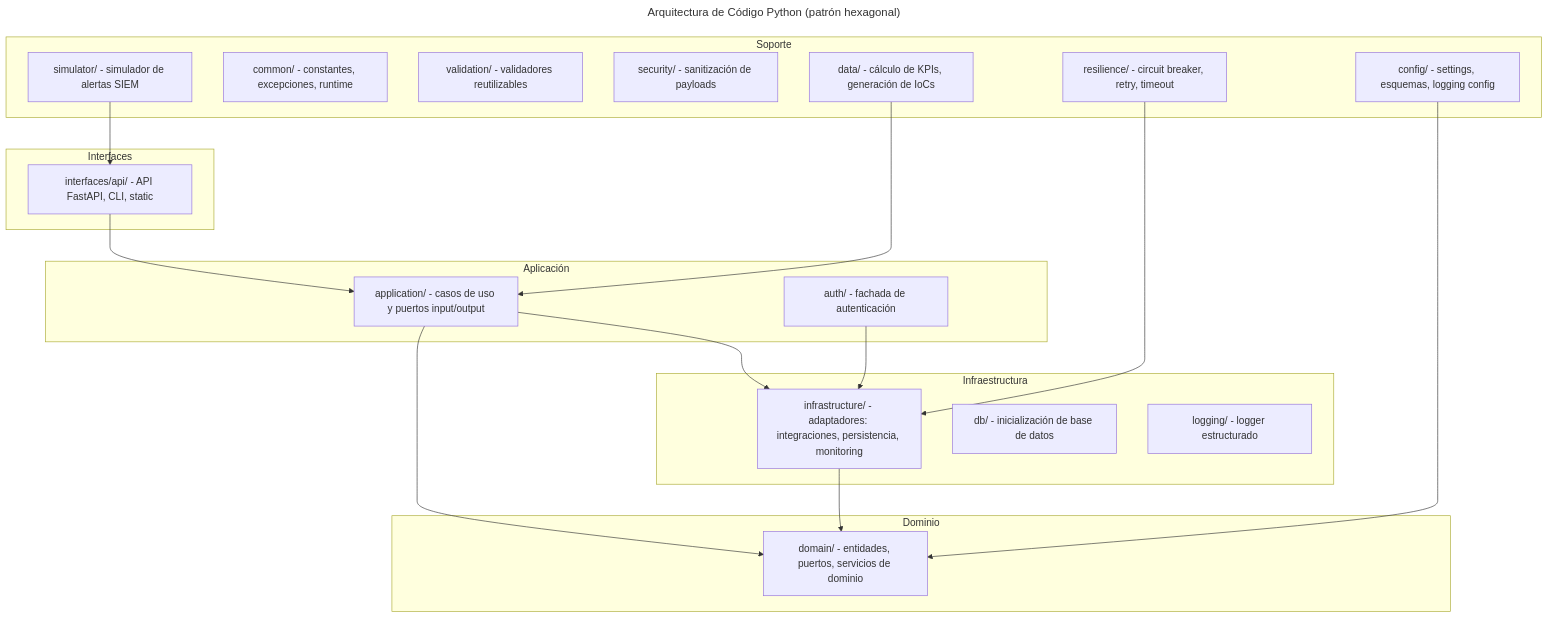
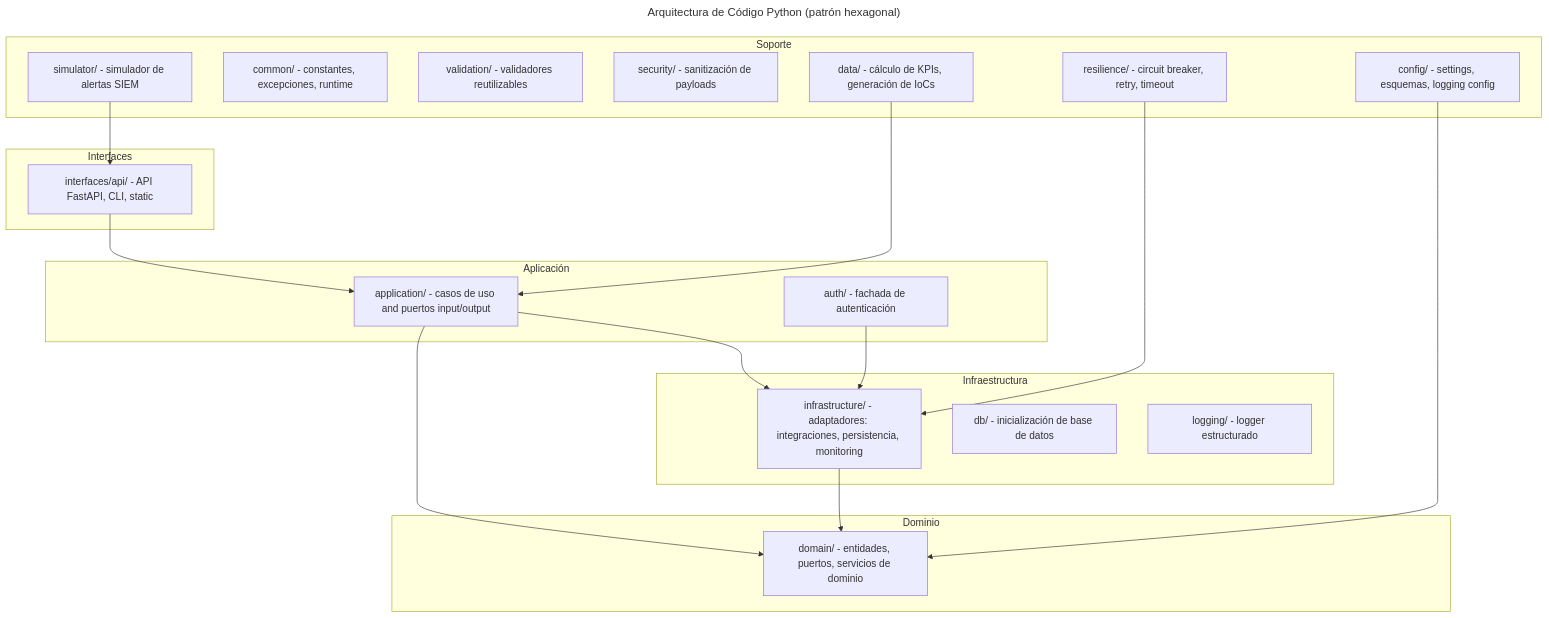
Diagram 18 of 22 in docs/02-architecture.md (alesanfe/soar-ransomware-lab), drawn with Mermaid before and after one commit. The commit also changed other lines of this file and 1 other file, not shown here.

Commit message:
docs: fix Mermaid labels Spanish 'y'->'and', 'o'->'or' for consistency

````diff
--- a/docs/02-architecture.md
+++ b/docs/02-architecture.md
@@ -3658,44 +3658,44 @@
 ```mermaid
 ---
 title: Arquitectura de Código Python (patrón hexagonal)
 ---
 graph TD
     subgraph Dominio
         D1[domain/ - entidades, puertos, servicios de dominio]
     end
 
     subgraph Aplicación
-        A1[application/ - casos de uso y puertos input/output]
+        A1[application/ - casos de uso and puertos input/output]
         A2[auth/ - fachada de autenticación]
     end
 
     subgraph Infraestructura
         I1[infrastructure/ - adaptadores: integraciones, persistencia, monitoring]
         I2[db/ - inicialización de base de datos]
         I3[logging/ - logger estructurado]
     end
 
     subgraph Interfaces
         IF1[interfaces/api/ - API FastAPI, CLI, static]
     end
 
     subgraph Soporte
         S1[config/ - settings, esquemas, logging config]
         S2[common/ - constantes, excepciones, runtime]
         S3[validation/ - validadores reutilizables]
         S4[security/ - sanitización de payloads]
         S5[resilience/ - circuit breaker, retry, timeout]
         S6[simulator/ - simulador de alertas SIEM]
         S7[data/ - cálculo de KPIs, generación de IoCs]
     end
 
     IF1 --> A1
     A1 --> D1
     A1 --> I1
     I1 --> D1
     A2 --> I1
     S1 --> D1
     S5 --> I1
     S6 --> IF1
     S7 --> A1
 ```
````
